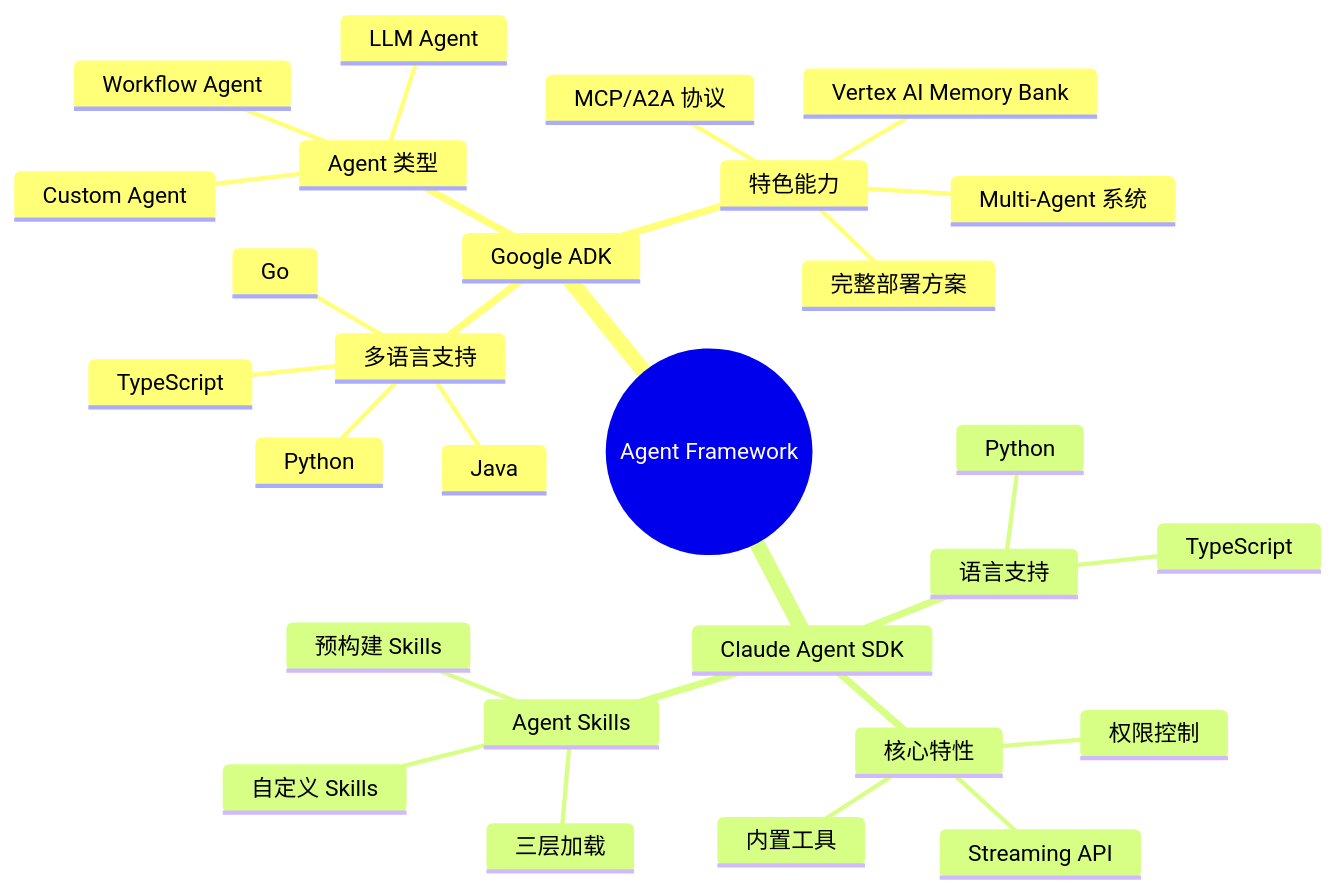
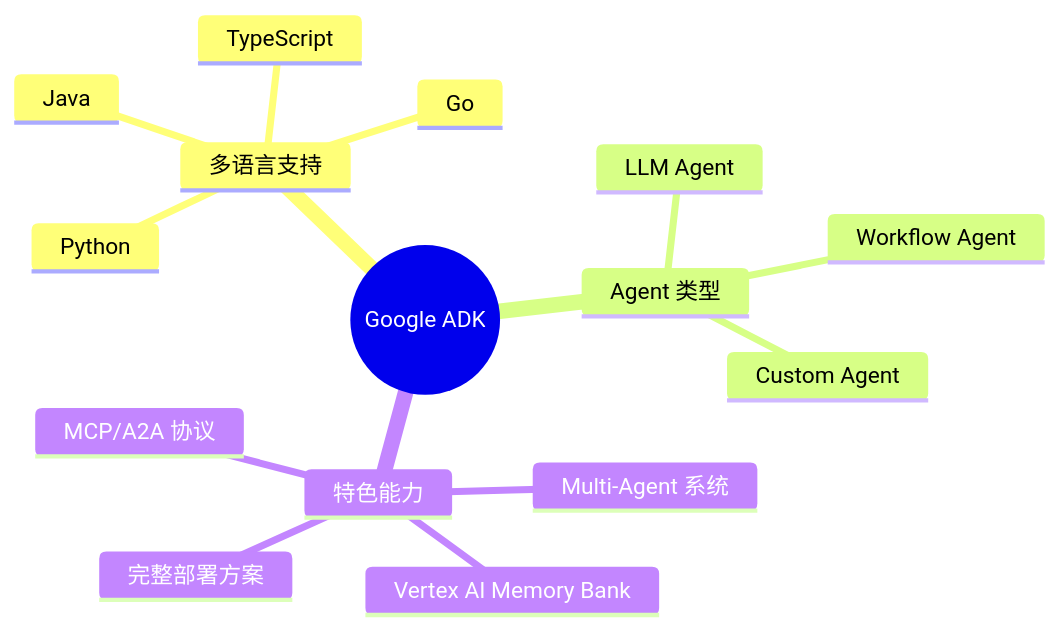
The first of 13 diagrams in docs/research/005-agent-frameworks.md (ThreeFish-AI/agentic-ai-cognizes), drawn with Mermaid before and after one commit. The commit also changed other lines of this file, not shown here.

Commit message:
docs(Agent Frameworks): 优化调研报告内容与技术细节;
- Agent Frameworks调研报告进一步优化：
  * 更新Google ADK最新技术特性
  * 完善Claude Agent SDK能力描述
  * 优化Demo实施指引的可操作性
  * 修正技术细节的准确性
- 净增5行内容，提升报告的实用价值

🤖 Generated with [Claude Code](https://claude.ai/claude-code), [Antigravity](https://antigravity.google)

````diff
--- a/docs/research/005-agent-frameworks.md
+++ b/docs/research/005-agent-frameworks.md
@@ -41,31 +41,18 @@
 ```mermaid
 mindmap
-  root((Agent Framework))
-    Google ADK
-      多语言支持
-        Python
-        TypeScript
-        Go
-        Java
-      Agent 类型
-        LLM Agent
-        Workflow Agent
-        Custom Agent
-      特色能力
-        Multi-Agent 系统
-        Vertex AI Memory Bank
-        MCP/A2A 协议
-        完整部署方案
-    Claude Agent SDK
-      语言支持
-        Python
-        TypeScript
-      核心特性
-        内置工具
-        权限控制
-        Streaming API
-      Agent Skills
-        三层加载
-        预构建 Skills
-        自定义 Skills
+  root((Google ADK))
+    多语言支持
+      Python
+      TypeScript
+      Go
+      Java
+    Agent 类型
+      LLM Agent
+      Workflow Agent
+      Custom Agent
+    特色能力
+      Multi-Agent 系统
+      Vertex AI Memory Bank
+      MCP/A2A 协议
+      完整部署方案
 ```
````
